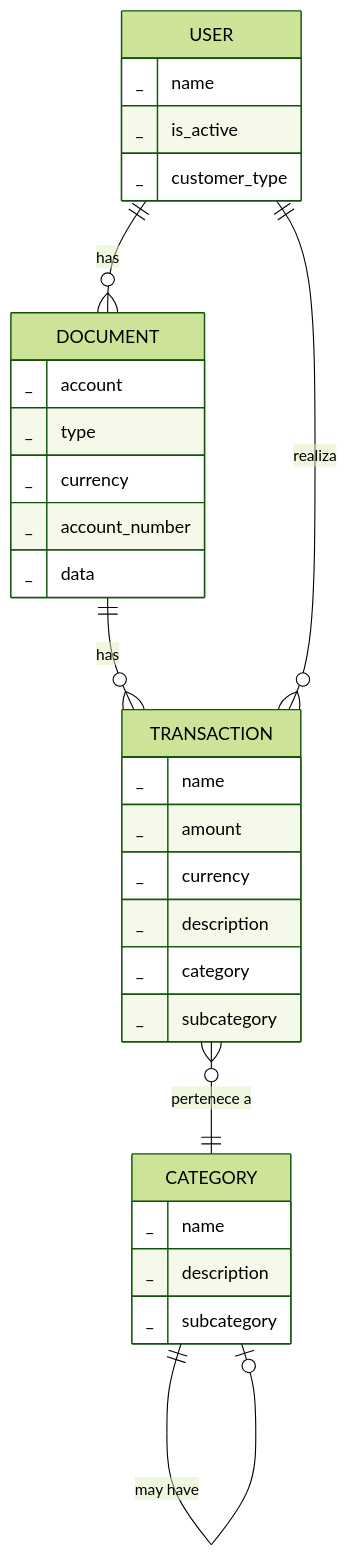
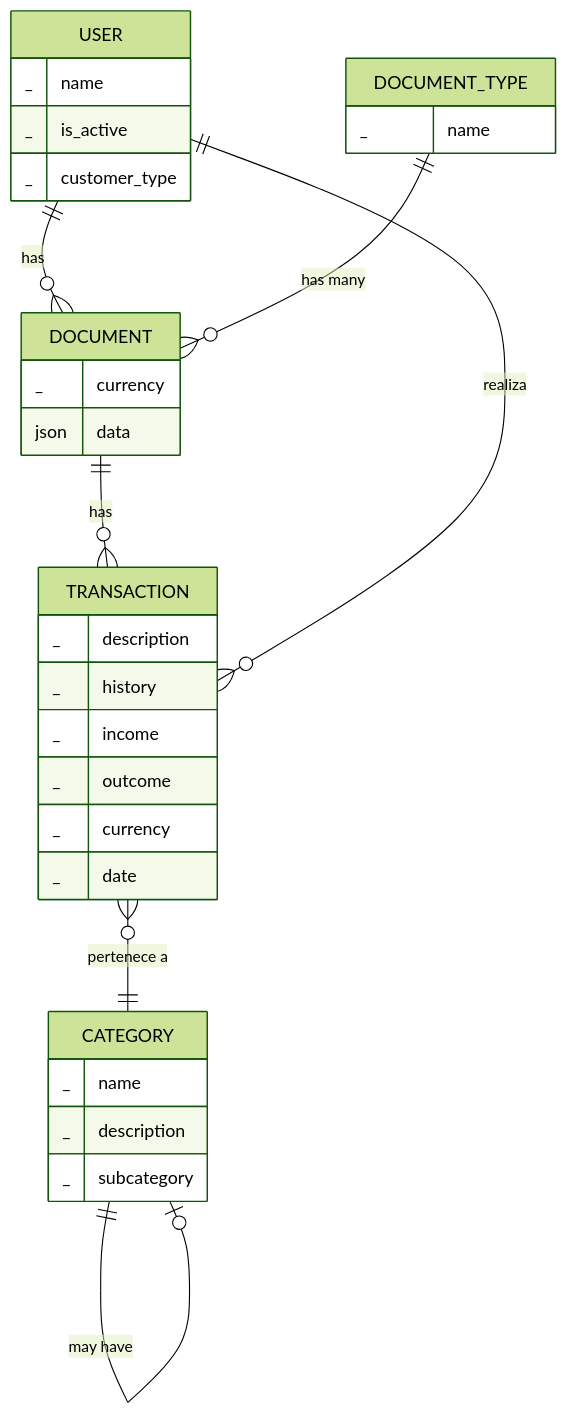
One commit to josueelias9/improving-BCP-organizate changed the diagram in new-service/UML.md. Above: the diagram before and after it, drawn with Mermaid (forest theme). The commit also changed 9 other files, not shown here.

Commit message:
feat: add document_type table

````diff
--- a/new-service/UML.md
+++ b/new-service/UML.md
@@ -5,41 +5,43 @@
 ```mermaid
 erDiagram
     USER {
         _ name
         _ is_active
         _ customer_type
     }
 
     TRANSACTION {
-        _ name
-        _ amount
+        _ description
+        _ history
+        _ income
+        _ outcome
         _ currency
-        _ description
-        _ category
-        _ subcategory
+        _ date
     }
 
     CATEGORY {
         _ name
         _ description
         _ subcategory
     }
 
+    DOCUMENT_TYPE {
+        _ name
+    }
+
 
 
     DOCUMENT {
-        _ account
-        _ type
         _ currency
-        _ account_number
-        _ data
+        json data
     }
 
 
     %% Relaciones
     USER ||--o{ DOCUMENT : "has"
     DOCUMENT ||--o{ TRANSACTION : "has"
     USER ||--o{ TRANSACTION : "realiza"
     TRANSACTION }o--|| CATEGORY : "pertenece a"
     CATEGORY ||--o| CATEGORY : "may have"
+    DOCUMENT_TYPE ||--o{ DOCUMENT : "has many"
 ```
````
